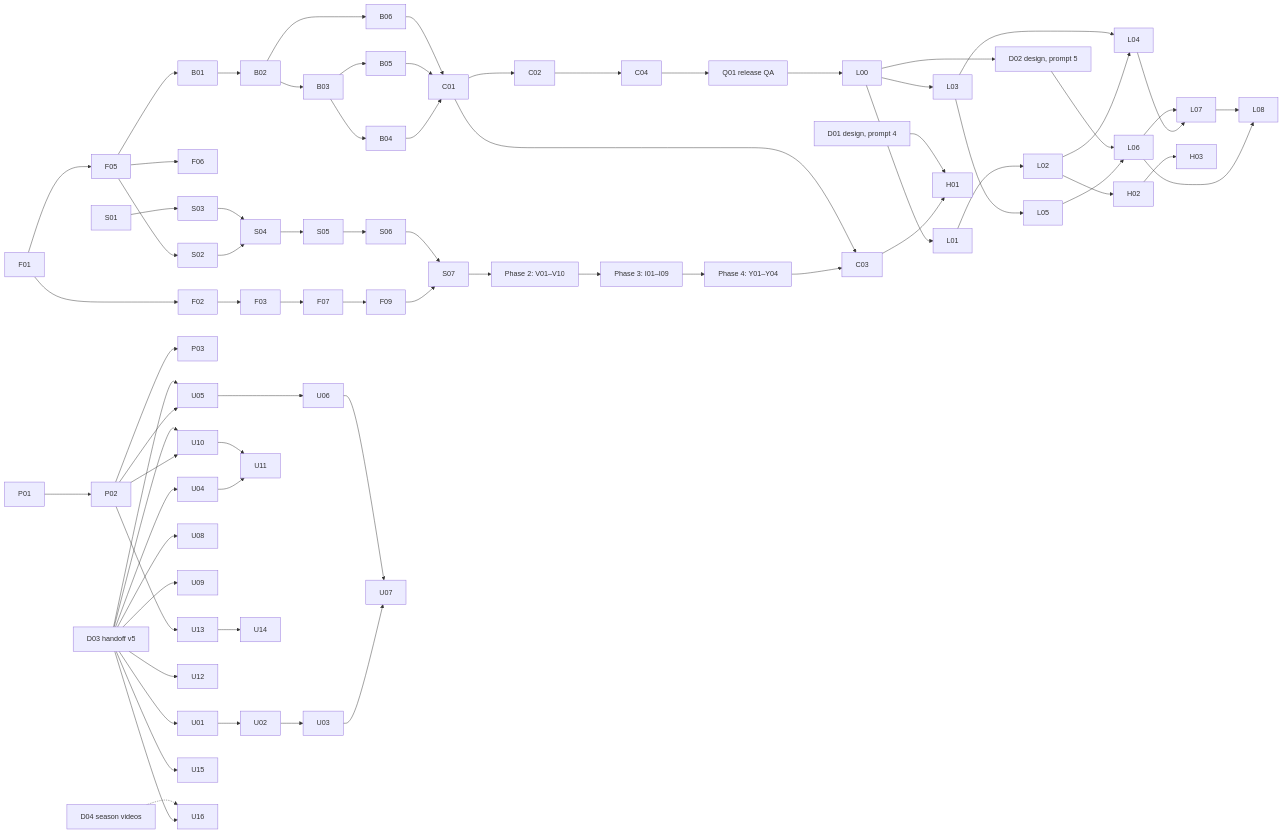
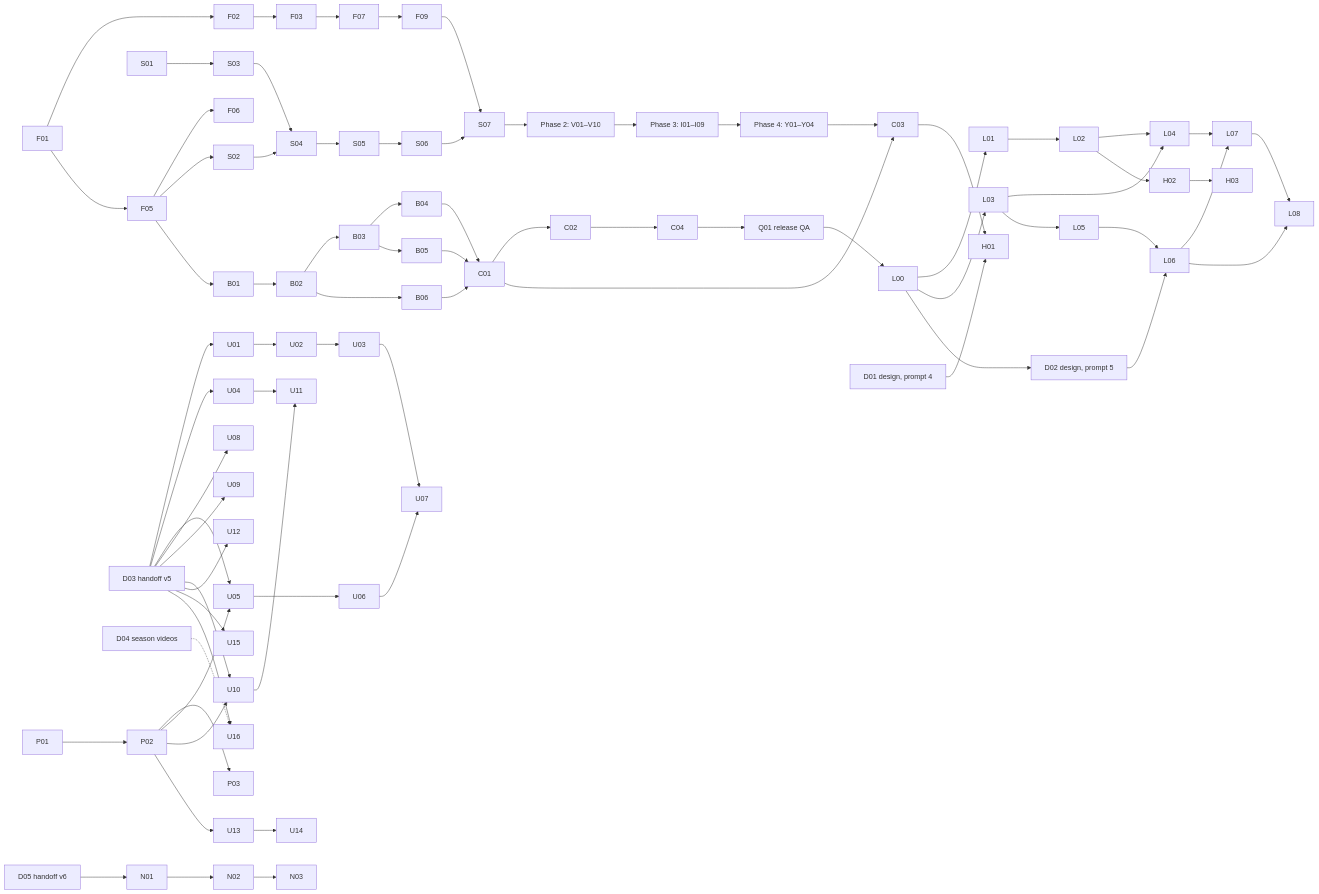
Before and after one commit to vespaiach/glance: the diagram in docs/execution-plan.md, drawn with Mermaid. The commit also changed other lines of this file and 4 other files, not shown here.

````diff
--- a/docs/execution-plan.md
+++ b/docs/execution-plan.md
@@ -34,36 +34,37 @@
 ```mermaid
 graph LR
   F01 --> F02 --> F03 --> F07 --> F09 --> S07
   F01 --> F05 --> F06
   F05 --> S02 --> S04 --> S05 --> S06 --> S07
   S01 --> S03 --> S04
   S07 --> V[Phase 2: V01–V10] --> I[Phase 3: I01–I09] --> Y[Phase 4: Y01–Y04]
   F05 --> B01 --> B02 --> B03 --> B04
   B03 --> B05
   B02 --> B06
   B04 & B05 & B06 --> C01 --> C02 --> C04
   Y --> C03
   C01 --> C03
   C04 --> Q[Q01 release QA]
   Q --> L00 --> L01 --> L02 --> L04
   L00 --> L03 --> L04
   L03 --> L05 --> L06
   L00 --> D02[D02 design, prompt 5] --> L06
   L04 & L06 --> L07
   L06 --> L08
   L07 --> L08
   C03 & D01[D01 design, prompt 4] --> H01
   L02 --> H02 --> H03
   P01 --> P02 --> P03
   D03[D03 handoff v5] --> U01 --> U02 --> U03 --> U07
   D03 --> U04 --> U11
   P02 & D03 --> U05 --> U06 --> U07
   D03 --> U08
   D03 --> U09
   P02 & D03 --> U10 --> U11
   D03 --> U12
   P02 --> U13 --> U14
   D03 --> U15
   D03 --> U16
   D04[D04 season videos] -.-> U16
+  D05[D05 handoff v6] --> N01 --> N02 --> N03
 ```
````
